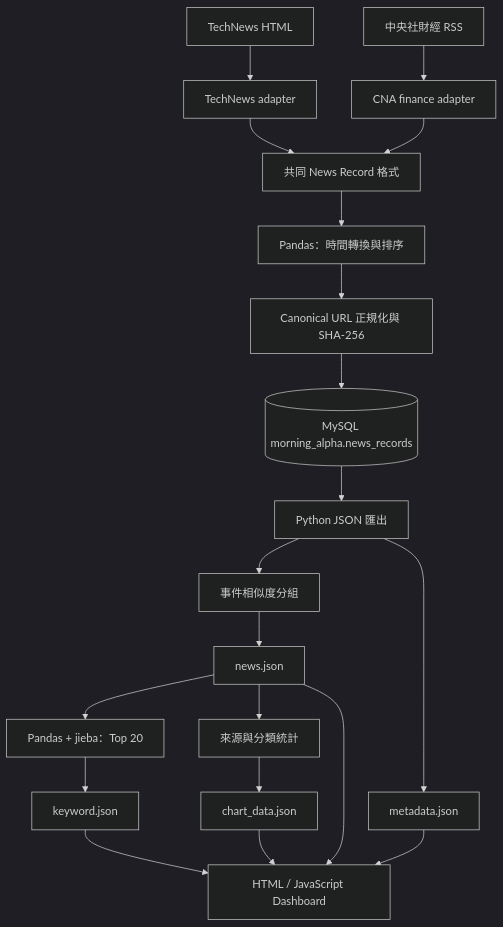
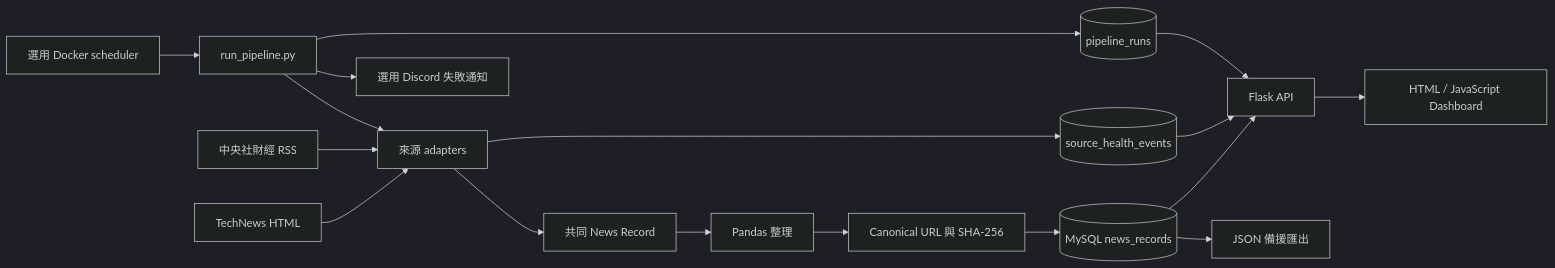
The diagram in docs/USER_GUIDE.md (OllieHu12304/Morning-Alpha), drawn with Mermaid (dark theme) before and after one commit. The commit also changed other lines of this file and 1 other file, not shown here.

````diff
--- a/docs/USER_GUIDE.md
+++ b/docs/USER_GUIDE.md
@@ -44,22 +57,19 @@
 ```mermaid
-flowchart TD
-    A["TechNews HTML"] --> C["TechNews adapter"]
-    B["中央社財經 RSS"] --> D["CNA finance adapter"]
-    C --> E["共同 News Record 格式"]
-    D --> E
-    E --> F["Pandas：時間轉換與排序"]
-    F --> G["Canonical URL 正規化與 SHA-256"]
-    G --> H[("MySQL morning_alpha.news_records")]
-    H --> I["Python JSON 匯出"]
-    I --> J["事件相似度分組"]
-    J --> K["news.json"]
-    I --> L["metadata.json"]
-    K --> M["Pandas + jieba：Top 20"]
-    K --> N["來源與分類統計"]
-    M --> O["keyword.json"]
-    N --> P["chart_data.json"]
-    K --> Q["HTML / JavaScript Dashboard"]
-    L --> Q
-    O --> Q
-    P --> Q
+flowchart LR
+    A["TechNews HTML"] --> C["來源 adapters"]
+    B["中央社財經 RSS"] --> C
+    C --> D["共同 News Record"]
+    C --> H[("source_health_events")]
+    D --> E["Pandas 整理"]
+    E --> F["Canonical URL 與 SHA-256"]
+    F --> G[("MySQL news_records")]
+    G --> I["Flask API"]
+    H --> I
+    J[("pipeline_runs")] --> I
+    I --> K["HTML / JavaScript Dashboard"]
+    G --> L["JSON 備援匯出"]
+    M["選用 Docker scheduler"] --> N["run_pipeline.py"]
+    N --> C
+    N --> J
+    N --> O["選用 Discord 失敗通知"]
 ```
````
